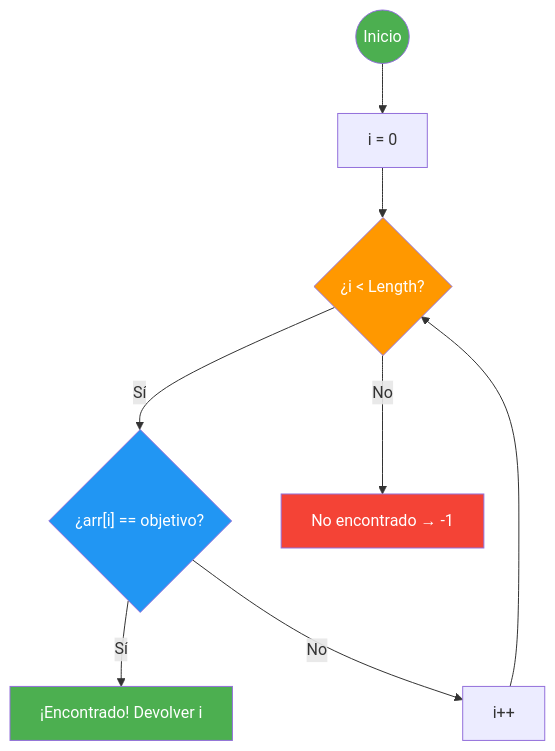
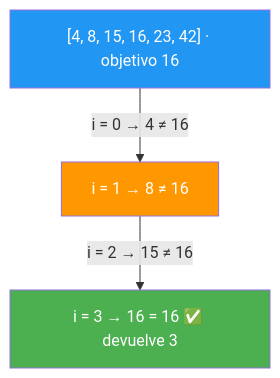
One commit to joseluisgs/Programacion-03-2026-2027 changed diagram 14 of 18 in 07-ordenacion-busqueda.md. Above: the diagram before and after it, drawn with Mermaid. The commit also changed other lines of this file and 3 other files, not shown here.

````diff
--- a/07-ordenacion-busqueda.md
+++ b/07-ordenacion-busqueda.md
@@ -393,15 +610,8 @@
 ```mermaid
 graph TD
-    START(("Inicio")) --> IDX["i = 0"]
-    IDX --> COND{"¿i < Length?"}
-    COND -->|"Sí"| COMP{"¿arr[i] == objetivo?"}
-    COMP -->|"Sí"| FOUND["¡Encontrado! Devolver i"]
-    COMP -->|"No"| NEXT["i++"]
-    NEXT --> COND
-    COND -->|"No"| NOTFOUND["No encontrado → -1"]
-    style START fill:#4CAF50,color:#fff
-    style FOUND fill:#4CAF50,color:#fff
-    style NOTFOUND fill:#f44336,color:#fff
-    style COND fill:#FF9800,color:#fff
-    style COMP fill:#2196F3,color:#fff
+    A["[4, 8, 15, 16, 23, 42] · objetivo 16"] -->|"i = 0 → 4 ≠ 16"| B["i = 1 → 8 ≠ 16"]
+    B -->|"i = 2 → 15 ≠ 16"| C["i = 3 → 16 = 16 ✅ devuelve 3"]
+    style A fill:#2196F3,color:#fff
+    style B fill:#FF9800,color:#fff
+    style C fill:#4CAF50,color:#fff
 ```
````
